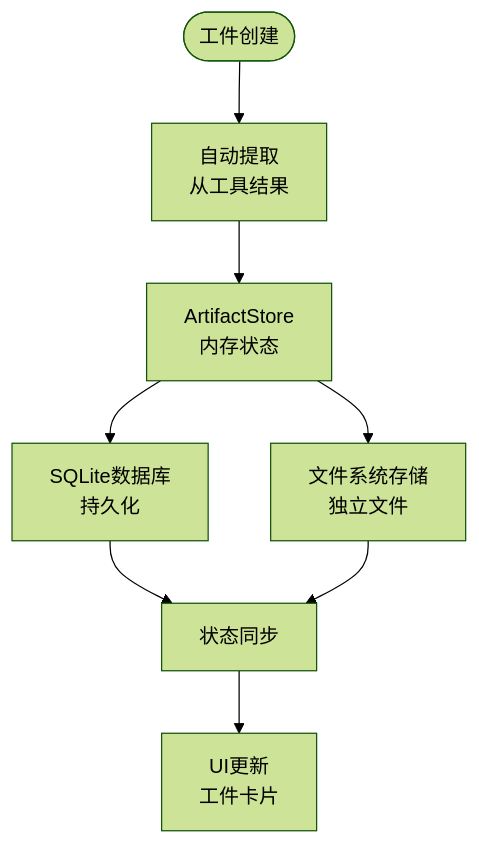
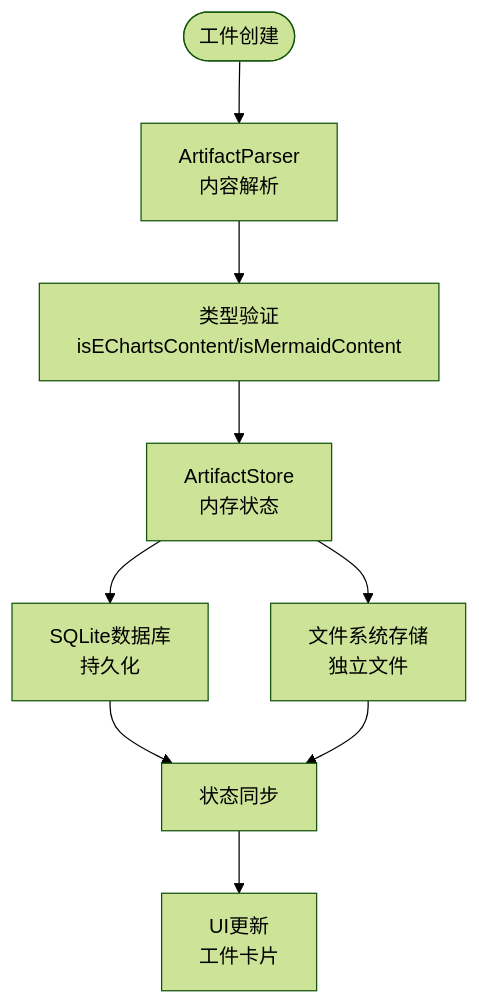
The fourth of 12 diagrams in .qoder/repowiki/zh/content/状态管理/工件状态管理.md (NarcisWL/Nexara), drawn with Mermaid (forest theme) before and after one commit. The commit also changed other lines of this file and 4 other files, not shown here.

````diff
--- a/.qoder/repowiki/zh/content/状态管理/工件状态管理.md
+++ b/.qoder/repowiki/zh/content/状态管理/工件状态管理.md
@@ -220,10 +240,11 @@
 ```mermaid
 flowchart TD
-Start(["工件创建"]) --> Auto["自动提取<br/>从工具结果"]
-Auto --> Store["ArtifactStore<br/>内存状态"]
+Start(["工件创建"]) --> Parse["ArtifactParser<br/>内容解析"]
+Parse --> Validate["类型验证<br/>isEChartsContent/isMermaidContent"]
+Validate --> Store["ArtifactStore<br/>内存状态"]
 Store --> DB["SQLite数据库<br/>持久化"]
 Store --> FS["文件系统存储<br/>独立文件"]
 DB --> Sync["状态同步"]
 FS --> Sync
 Sync --> UI["UI更新<br/>工件卡片"]
 ```
````
